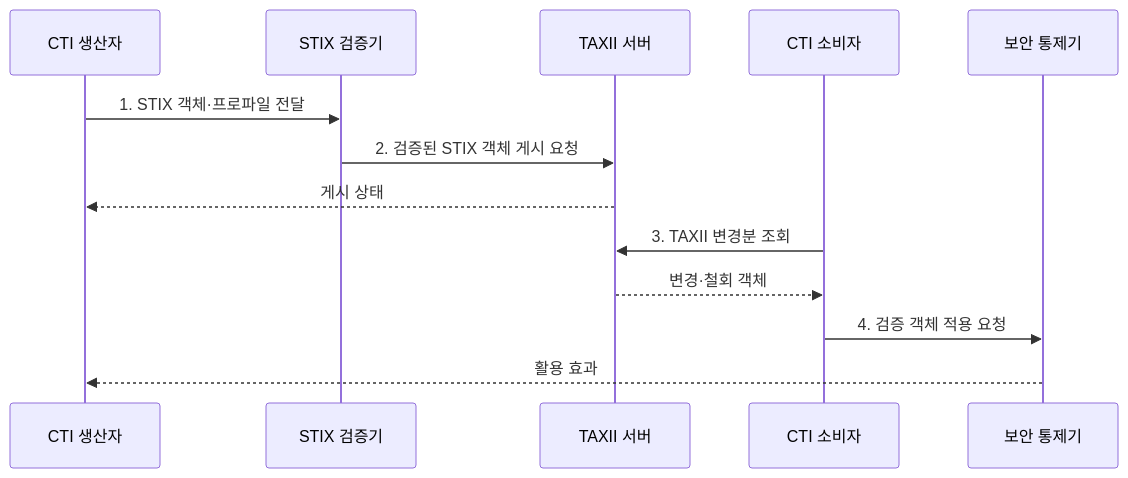
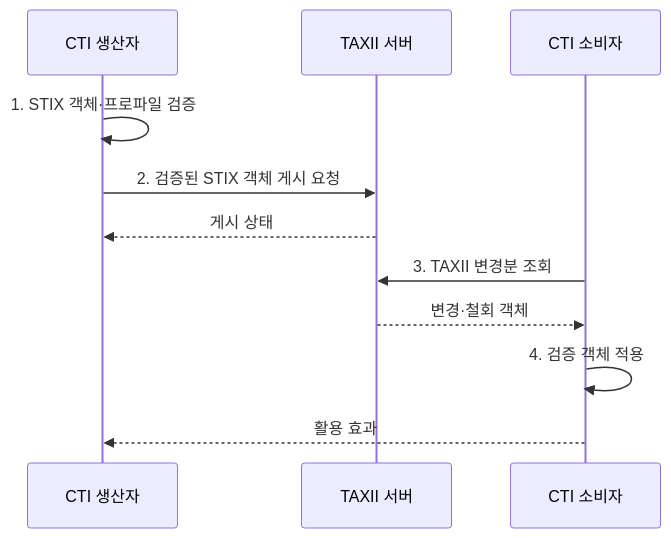
Before and after one commit to agnusdei1207/knowledge-base: the second of 2 diagrams in src/content/docs/notes/05-security/032_stix_taxii.md, drawn with Mermaid. The commit also changed other lines of this file and 8 other files, not shown here.

Commit message:
Simplify security operations sequences

````diff
--- a/src/content/docs/notes/05-security/032_stix_taxii.md
+++ b/src/content/docs/notes/05-security/032_stix_taxii.md
@@ -103,15 +103,13 @@
 ```mermaid
 sequenceDiagram
     participant P as CTI 생산자
-    participant V as STIX 검증기
     participant T as TAXII 서버
     participant C as CTI 소비자
-    participant S as 보안 통제기
-    P->>V: 1. STIX 객체·프로파일 전달
-    V->>T: 2. 검증된 STIX 객체 게시 요청
+    P->>P: 1. STIX 객체·프로파일 검증
+    P->>T: 2. 검증된 STIX 객체 게시 요청
     T-->>P: 게시 상태
     C->>T: 3. TAXII 변경분 조회
     T-->>C: 변경·철회 객체
-    C->>S: 4. 검증 객체 적용 요청
-    S-->>P: 활용 효과
+    C->>C: 4. 검증 객체 적용
+    C-->>P: 활용 효과
 ```
````
